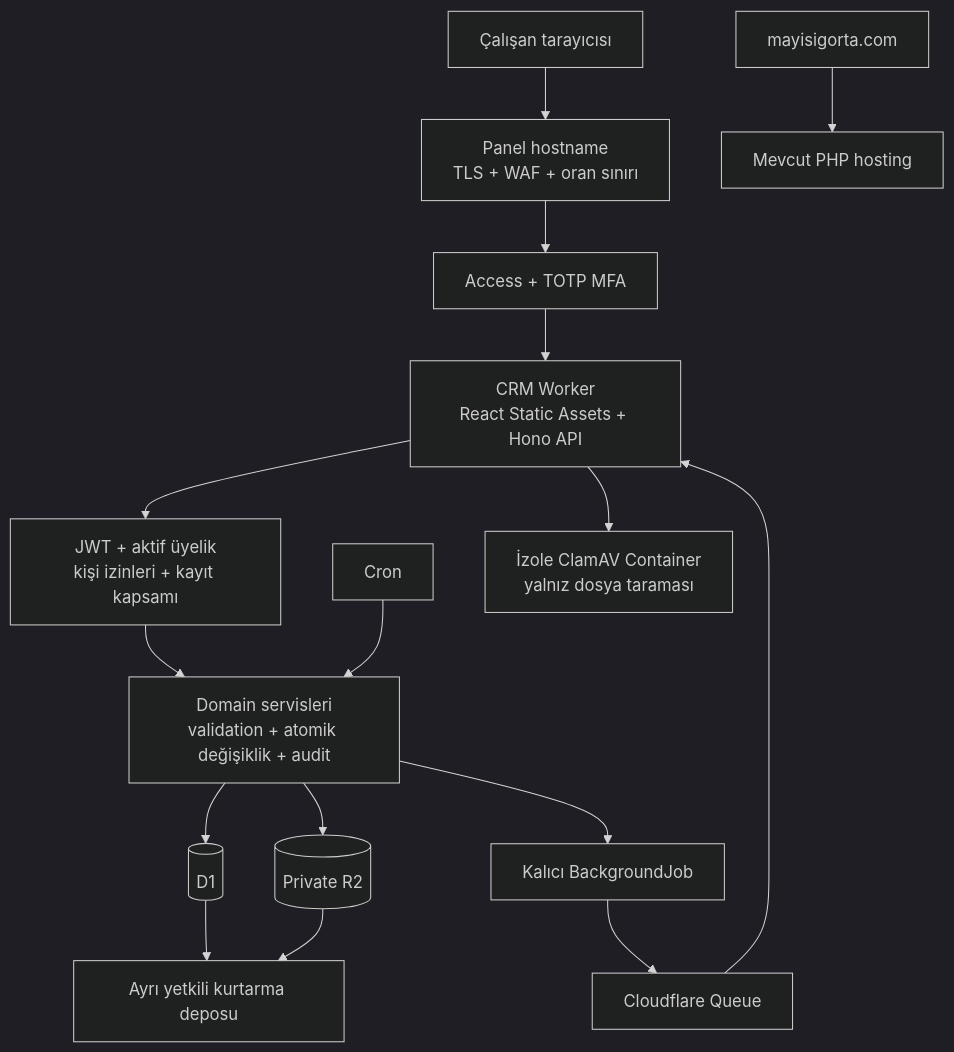
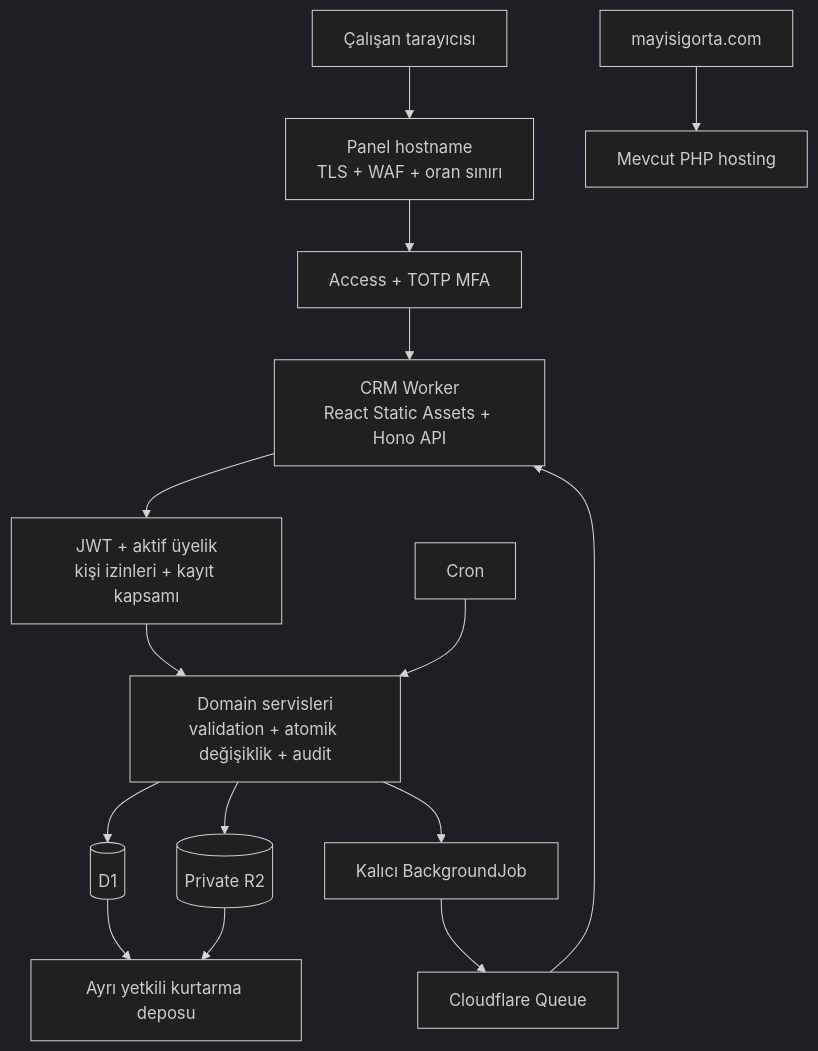
Before and after one commit to infonetoapp-cloud/mayi-sigorta-panel: the diagram in MayiSigorta_CRM_Planning_Pack_v2/NIHAI_MIMARI_VE_UYGULAMA_PLANI.md, drawn with Mermaid (dark theme). The commit also changed other lines of this file and 34 other files, not shown here.

````diff
--- a/MayiSigorta_CRM_Planning_Pack_v2/NIHAI_MIMARI_VE_UYGULAMA_PLANI.md
+++ b/MayiSigorta_CRM_Planning_Pack_v2/NIHAI_MIMARI_VE_UYGULAMA_PLANI.md
@@ -86,18 +88,18 @@
 ```mermaid
 flowchart TD
     B[Çalışan tarayıcısı] --> E[Panel hostname\nTLS + WAF + oran sınırı]
     E --> A[Access + TOTP MFA]
     A --> W[CRM Worker\nReact Static Assets + Hono API]
     W --> P[JWT + aktif üyelik\nkişi izinleri + kayıt kapsamı]
     P --> S[Domain servisleri\nvalidation + atomik değişiklik + audit]
     S --> D[(D1)]
     S --> R[(Private R2)]
     C[Cron] --> S
     S --> J[Kalıcı BackgroundJob]
     J --> Q[Cloudflare Queue]
     Q --> W
-    W --> V[İzole ClamAV Container\nyalnız dosya taraması]
+
     D --> K[Ayrı yetkili kurtarma deposu]
     R --> K
     X[mayisigorta.com] --> H[Mevcut PHP hosting]
 ```
````
